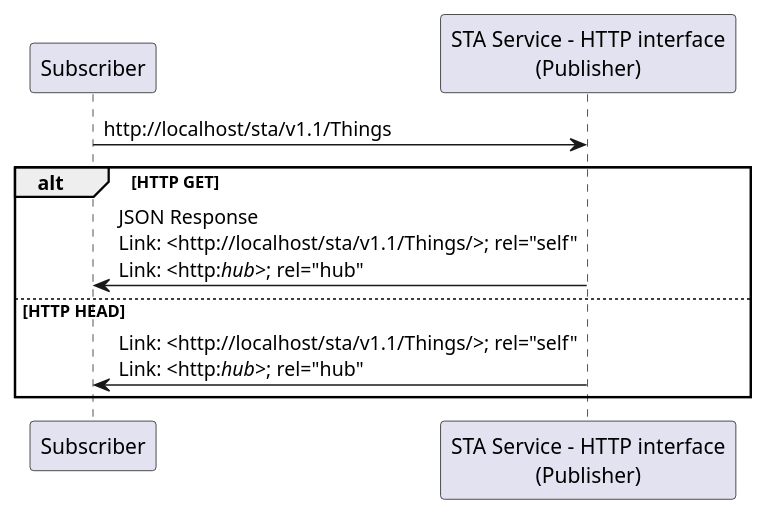
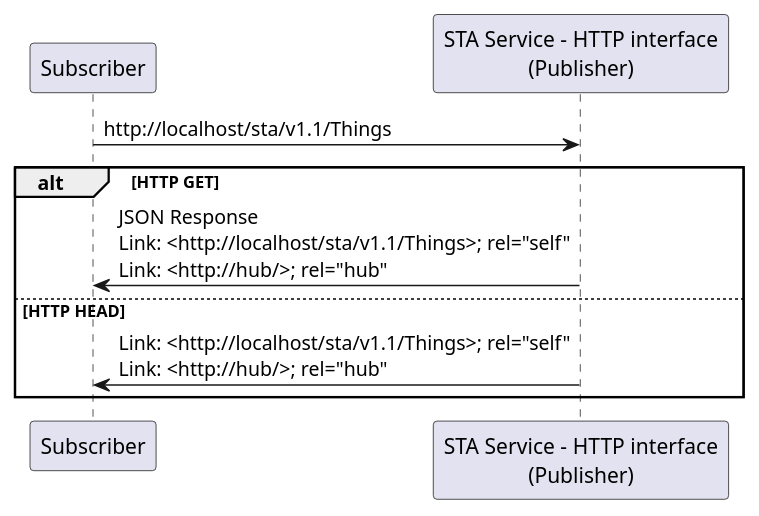
The third of 4 diagrams in sections/clause_6_informative_text.adoc (opengeospatial/sensorthings), drawn with PlantUML before and after one commit. The commit also changed other lines of this file and 9 other files, not shown here.

```diff
--- a/sections/clause_6_informative_text.adoc
+++ b/sections/clause_6_informative_text.adoc
@@ -128,21 +128,21 @@
 [plantuml]
 ....
 @startuml
 
 participant Subscriber
 participant "STA Service - HTTP interface\n(Publisher)"
 
 Subscriber -> "STA Service - HTTP interface\n(Publisher)": http://localhost/sta/v1.1/Things
 
 alt HTTP GET
 
-    "STA Service - HTTP interface\n(Publisher)" -> Subscriber: JSON Response\nLink: <http://localhost/sta/v1.1/Things/>; rel="self"\nLink: <http://hub//>; rel="hub" 
+    "STA Service - HTTP interface\n(Publisher)" -> Subscriber: JSON Response\nLink: <http://localhost/sta/v1.1/Things>; rel="self"\nLink: <http://hub/>; rel="hub" 
 
 else HTTP HEAD
 
-    "STA Service - HTTP interface\n(Publisher)" -> Subscriber: Link: <http://localhost/sta/v1.1/Things/>; rel="self"\nLink: <http://hub//>; rel="hub" 
+    "STA Service - HTTP interface\n(Publisher)" -> Subscriber: Link: <http://localhost/sta/v1.1/Things>; rel="self"\nLink: <http://hub/>; rel="hub" 
 
 end
 
 @enduml
 ....
```
